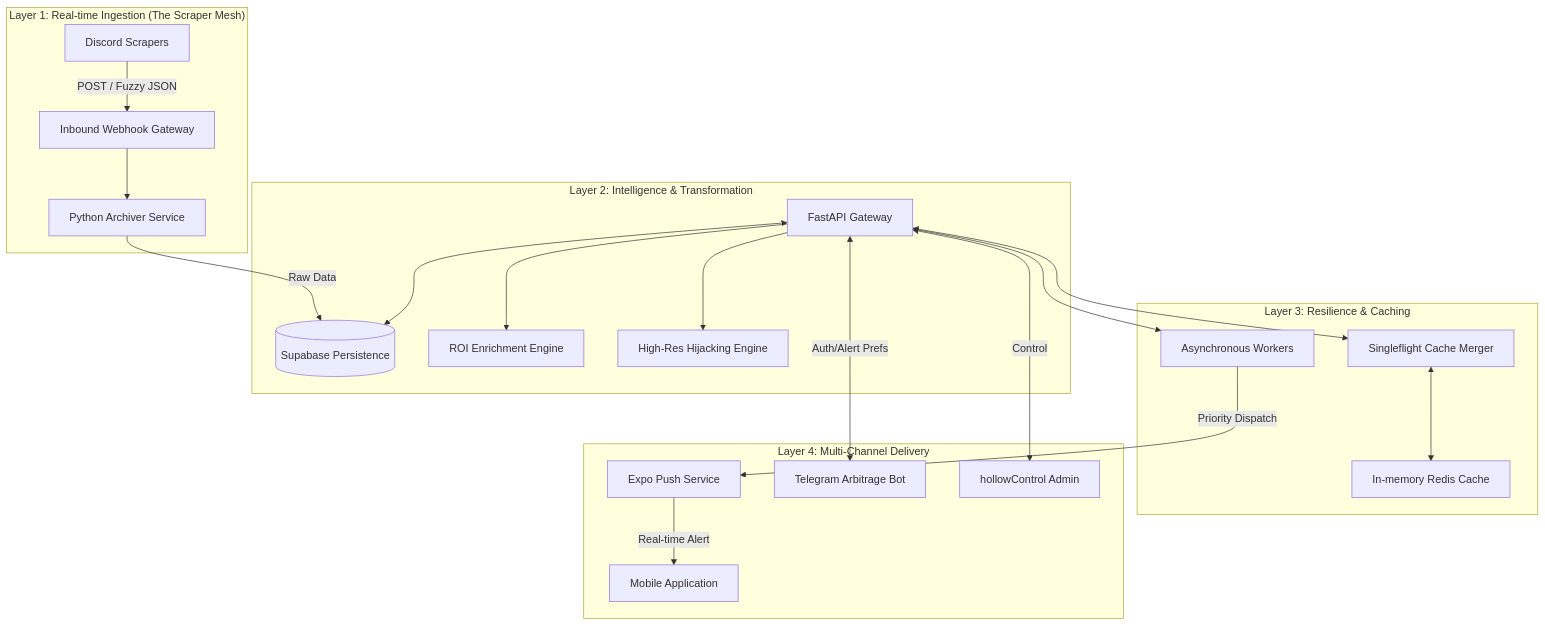
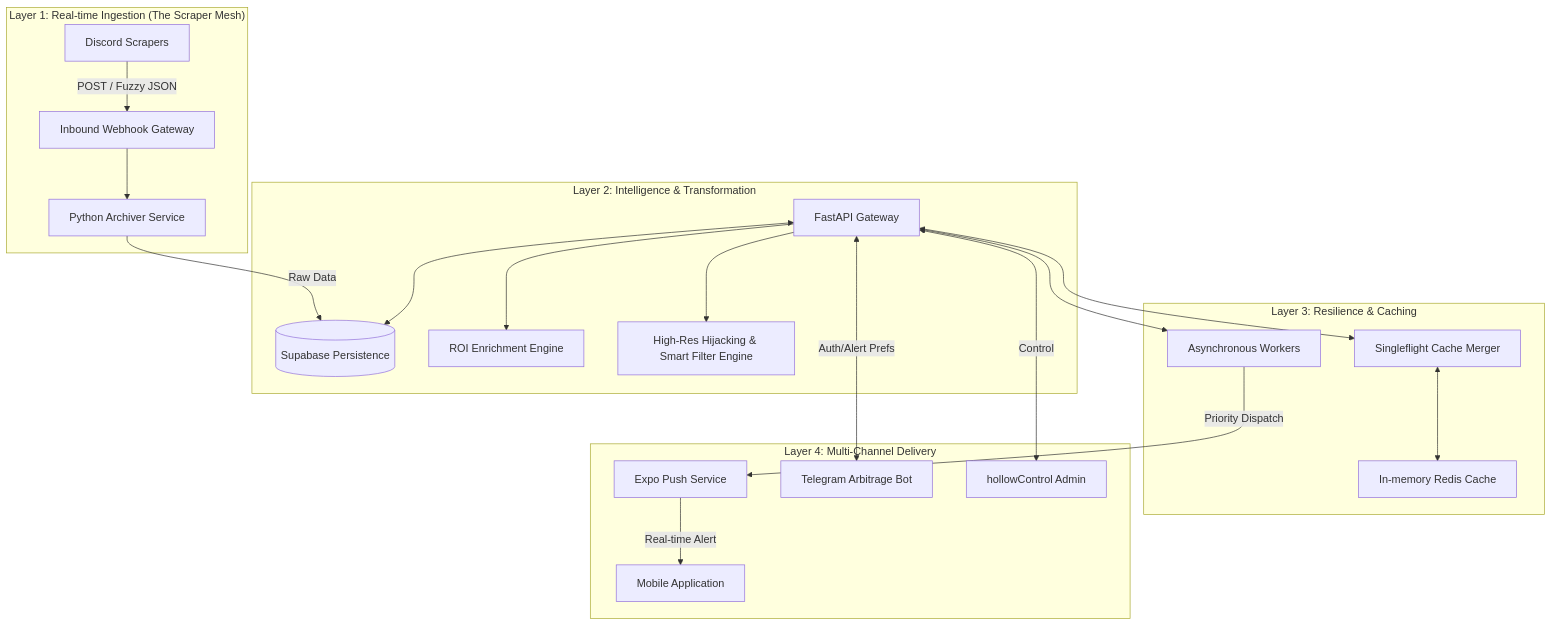
The diagram in SYSTEM_DESIGN_SPECIFICATION.md (joshuatochinwachi/HollowScan-Mobile-App), drawn with Mermaid before and after one commit. The commit also changed other lines of this file and 3 other files, not shown here.

````diff
--- a/SYSTEM_DESIGN_SPECIFICATION.md
+++ b/SYSTEM_DESIGN_SPECIFICATION.md
@@ -18,31 +18,31 @@
 ```mermaid
 graph TD
     %% LAYER 1: INGESTION
     subgraph "Layer 1: Real-time Ingestion (The Scraper Mesh)"
         S1[Discord Scrapers] --> |POST / Fuzzy JSON| WH[Inbound Webhook Gateway]
         WH --> PA[Python Archiver Service]
     end
 
     %% LAYER 2: INTELLIGENCE
     subgraph "Layer 2: Intelligence & Transformation"
         PA --> |Raw Data| DB[(Supabase Persistence)]
         API[FastAPI Gateway] <--> DB
         API --> ROI[ROI Enrichment Engine]
-        API --> IMG[High-Res Hijacking Engine]
+        API --> IMG[High-Res Hijacking & Smart Filter Engine]
     end
 
     %% LAYER 3: PERSISTENCE & CACHING
     subgraph "Layer 3: Resilience & Caching"
         API <--> SF[Singleflight Cache Merger]
         SF <--> RED[In-memory Redis Cache]
         API --> BGR[Asynchronous Workers]
     end
 
     %% LAYER 4: DELIVERY
     subgraph "Layer 4: Multi-Channel Delivery"
         BGR --> |Priority Dispatch| EPS[Expo Push Service]
         EPS --> |Real-time Alert| MA[Mobile Application]
         API <--> |Auth/Alert Prefs| TG[Telegram Arbitrage Bot]
         API <--> |Control| ADM[hollowControl Admin]
     end
 ```
````
